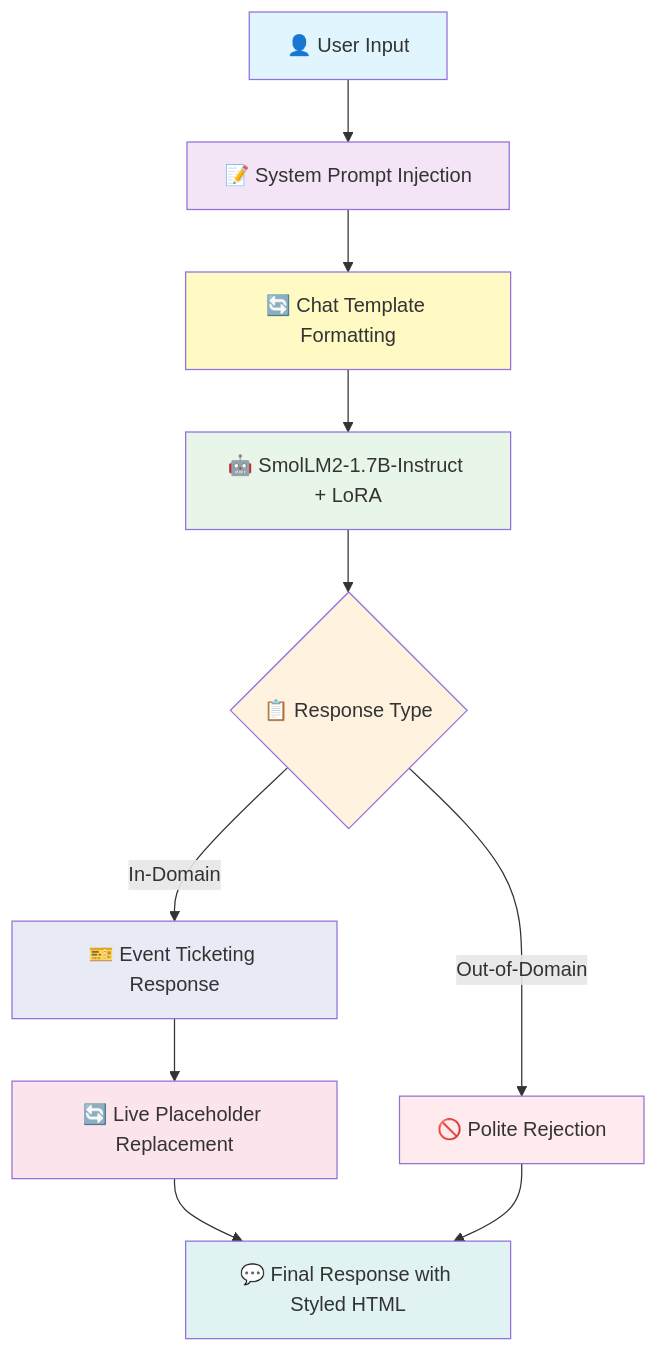
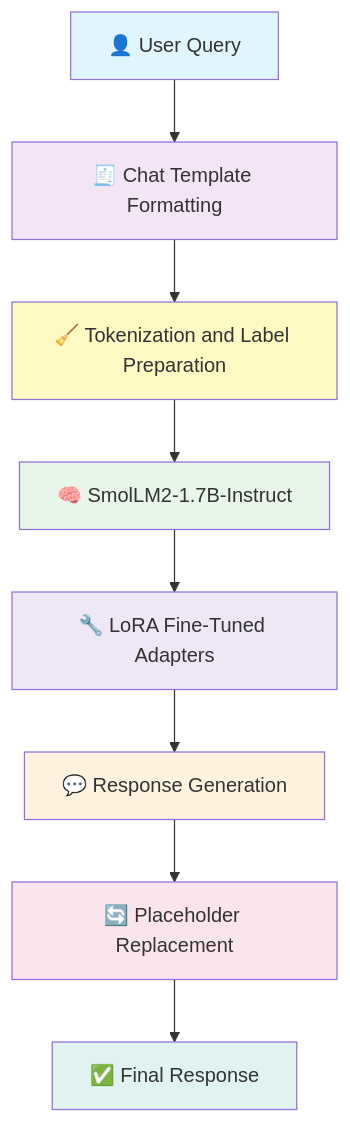
One commit to JustToTryModels/hfsmollm2 changed the diagram in README.md. Above: the diagram before and after it, drawn with Mermaid. The commit also changed other lines of this file, not shown here.

````diff
--- a/README.md
+++ b/README.md
@@ -119,22 +125,19 @@
 ```mermaid
 graph TB
-    A[👤 User Input] --> B[📝 System Prompt Injection]
-    B --> C[🔄 Chat Template Formatting]
-    C --> D[🤖 SmolLM2-1.7B-Instruct + LoRA]
-    D --> E{📋 Response Type}
-    E -->|In-Domain| F[🎫 Event Ticketing Response]
-    E -->|Out-of-Domain| G[🚫 Polite Rejection]
-    F --> H[🔄 Live Placeholder Replacement]
-    H --> I[💬 Final Response with Styled HTML]
-    G --> I
+    A[👤 User Query] --> B[🧾 Chat Template Formatting]
+    B --> C[🧹 Tokenization and Label Preparation]
+    C --> D[🧠 SmolLM2-1.7B-Instruct]
+    D --> E[🔧 LoRA Fine-Tuned Adapters]
+    E --> F[💬 Response Generation]
+    F --> G[🔄 Placeholder Replacement]
+    G --> H[✅ Final Response]
 
     style A fill:#e1f5fe
     style B fill:#f3e5f5
     style C fill:#fff9c4
     style D fill:#e8f5e9
-    style E fill:#fff3e0
-    style F fill:#e8eaf6
-    style G fill:#ffebee
-    style H fill:#fce4ec
-    style I fill:#e0f2f1
+    style E fill:#ede7f6
+    style F fill:#fff3e0
+    style G fill:#fce4ec
+    style H fill:#e0f2f1
 ```
````
